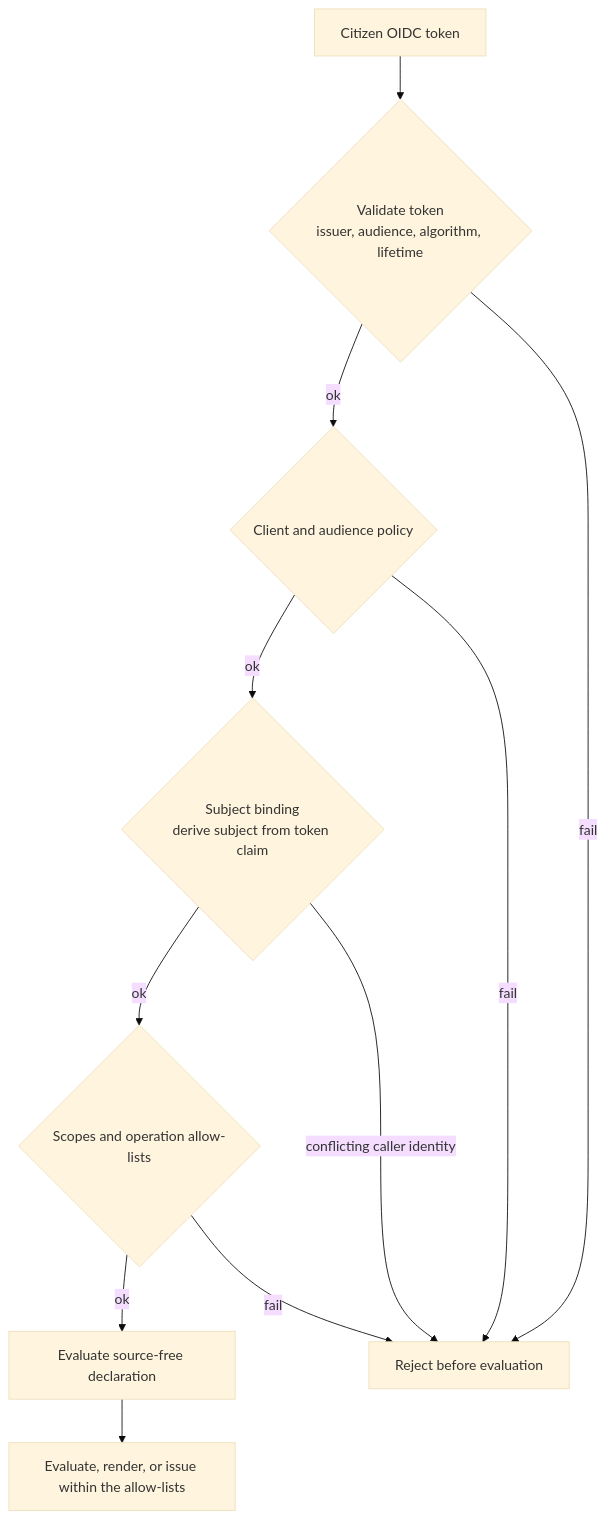
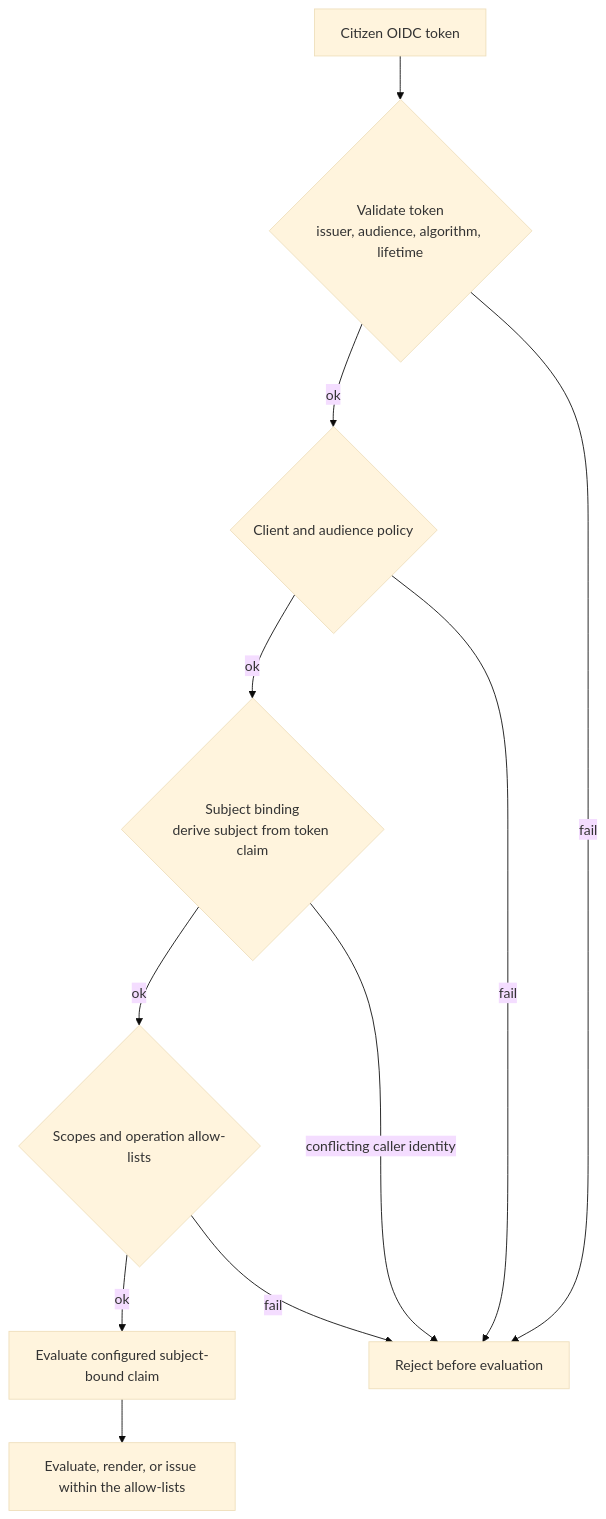
The diagram in products/notary/docs/self-attestation-operator-guide.md (registrystack/registry-stack), drawn with Mermaid (base theme) before and after one commit. The commit also changed other lines of this file and 8 other files, not shown here.

````diff
--- a/products/notary/docs/self-attestation-operator-guide.md
+++ b/products/notary/docs/self-attestation-operator-guide.md
@@ -27,14 +26,14 @@
 ```mermaid
 flowchart TD
   Tok["Citizen OIDC token"] --> V{"Validate token<br/>issuer, audience, algorithm, lifetime"}
   V -- "ok" --> C{"Client and audience policy"}
   C -- "ok" --> S{"Subject binding<br/>derive subject from token claim"}
   S -- "ok" --> Sc{"Scopes and operation allow-lists"}
-  Sc -- "ok" --> SourceFree["Evaluate source-free declaration"]
-  SourceFree --> Op
+  Sc -- "ok" --> Bound["Evaluate configured subject-bound claim"]
+  Bound --> Op
   Op["Evaluate, render, or issue within the allow-lists"]
   V -- "fail" --> X["Reject before evaluation"]
   C -- "fail" --> X
   S -- "conflicting caller identity" --> X
   Sc -- "fail" --> X
 ```
````
